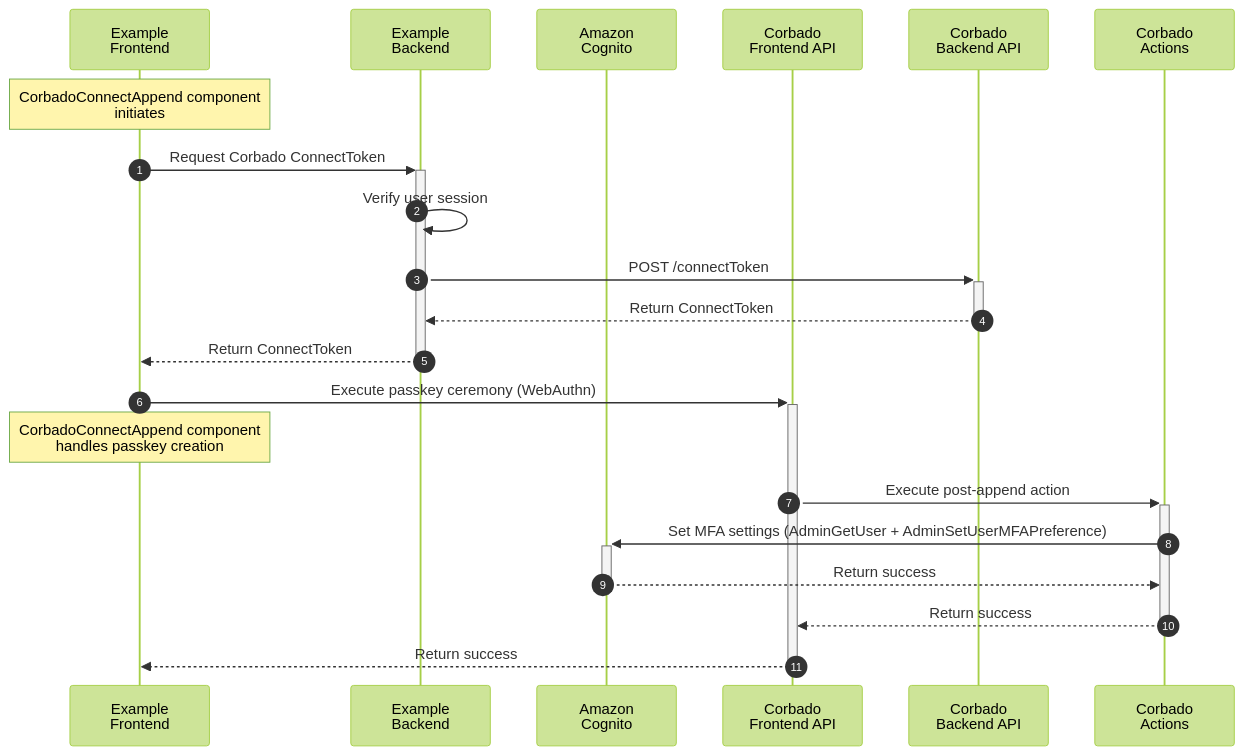
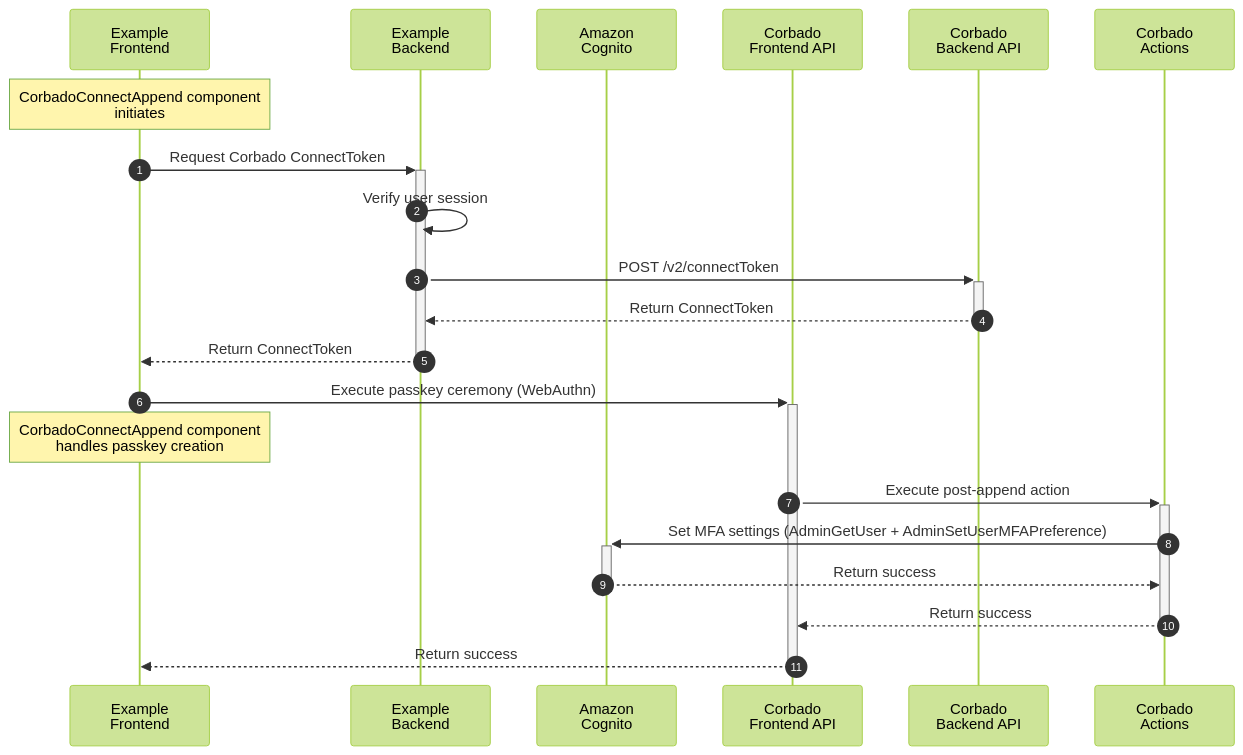
The first of 3 diagrams in corbado-connect/integration/cognito.mdx (corbadotech/docs), drawn with Mermaid (forest theme) before and after one commit. The commit also changed other lines of this file, not shown here.

````diff
--- a/corbado-connect/integration/cognito.mdx
+++ b/corbado-connect/integration/cognito.mdx
@@ -48,25 +48,25 @@
 ```mermaid
 sequenceDiagram
     autonumber
     participant ExampleFrontend as Example<br />Frontend
     participant ExampleBackend as Example<br />Backend
     participant Cognito as Amazon<br />Cognito
     participant FAPI as Corbado<br />Frontend API
     participant BAPI as Corbado<br />Backend API
     participant Actions as Corbado<br />Actions
 
     Note over ExampleFrontend: CorbadoConnectAppend component<br />initiates
     ExampleFrontend->>+ExampleBackend: Request Corbado ConnectToken
     ExampleBackend->>ExampleBackend: Verify user session
-    ExampleBackend->>+BAPI: POST /connectToken
+    ExampleBackend->>+BAPI: POST /v2/connectToken
     BAPI-->>-ExampleBackend: Return ConnectToken
     ExampleBackend-->>-ExampleFrontend: Return ConnectToken
 
     ExampleFrontend->>+FAPI: Execute passkey ceremony (WebAuthn)
     Note over ExampleFrontend: CorbadoConnectAppend component<br />handles passkey creation
     FAPI->>+Actions: Execute post-append action
     Actions->>+Cognito: Set MFA settings (AdminGetUser + AdminSetUserMFAPreference)
     Cognito-->>-Actions: Return success
     Actions-->>-FAPI: Return success
     FAPI-->>-ExampleFrontend: Return success
 ```
````
